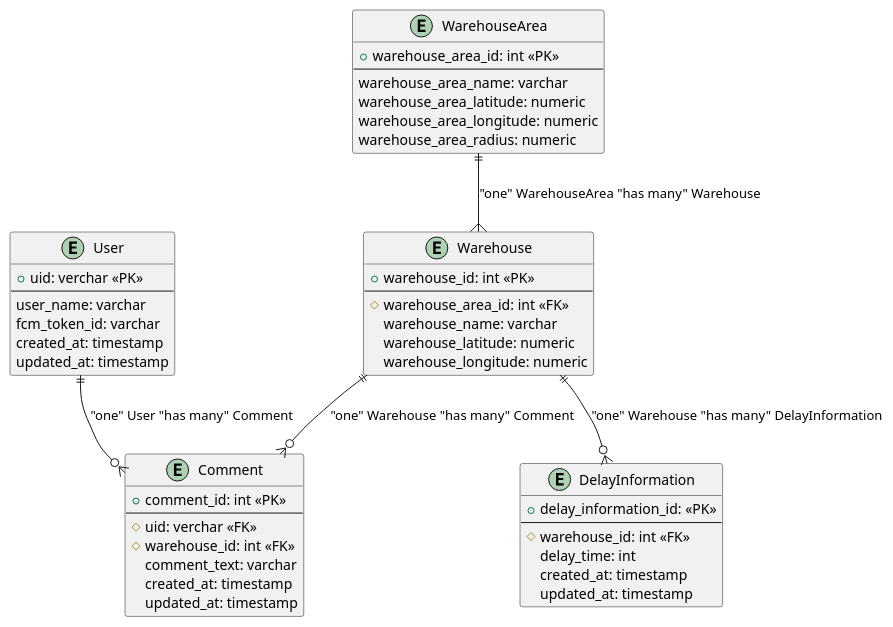
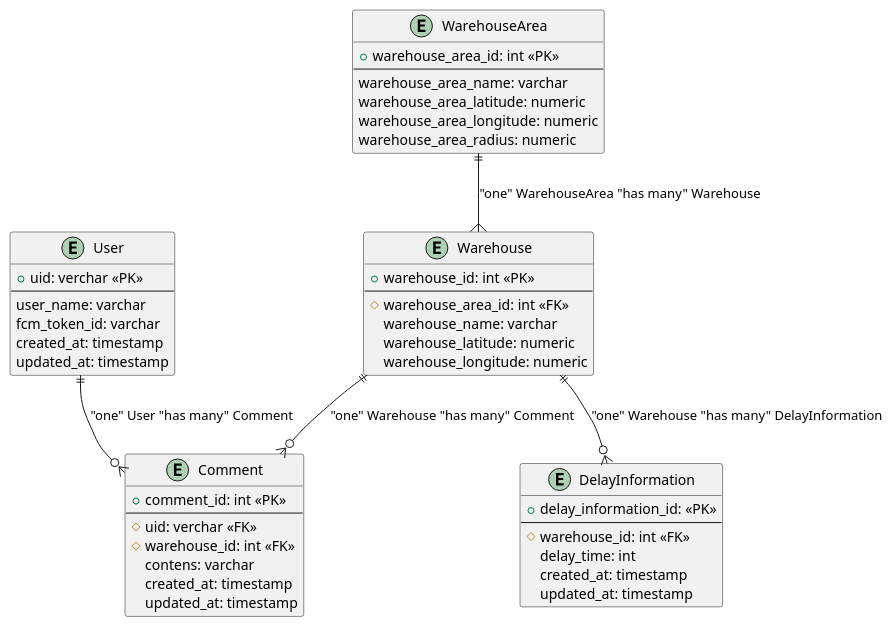
One commit to SEIZENSETSU/fleet-tracker-backend changed the diagram in docs/ER.puml. Above: the diagram before and after it, drawn with PlantUML.

Commit message:
updage: コメント内容のカラム名変更

```diff
--- a/docs/ER.puml
+++ b/docs/ER.puml
@@ -1,54 +1,54 @@
 @startuml fleet-tracker
 
 entity User as "User" {
     + uid: verchar <<PK>>
     --
     user_name: varchar
     fcm_token_id: varchar
     created_at: timestamp
     updated_at: timestamp
 }
 
 entity WarehouseArea as "WarehouseArea" {
     + warehouse_area_id: int <<PK>>
     --
     warehouse_area_name: varchar
     warehouse_area_latitude: numeric
     warehouse_area_longitude: numeric
     warehouse_area_radius: numeric
 }
 
 entity Warehouse as "Warehouse" {
     + warehouse_id: int <<PK>>
     --
     # warehouse_area_id: int <<FK>>
     warehouse_name: varchar
     warehouse_latitude: numeric
     warehouse_longitude: numeric
 }
 
 entity DelayInformation as "DelayInformation" {
     + delay_information_id: <<PK>>
     --
     # warehouse_id: int <<FK>>
     delay_time: int
     created_at: timestamp
     updated_at: timestamp
 }
 
 entity Comment as "Comment" {
     + comment_id: int <<PK>>
     --
     # uid: verchar <<FK>>
     # warehouse_id: int <<FK>>
-    comment_text: varchar
+    contens: varchar
     created_at: timestamp
     updated_at: timestamp
 }
 
 "WarehouseArea" ||--{ "Warehouse" : "one" WarehouseArea "has many" Warehouse
 "Warehouse" ||--o{ "DelayInformation" : "one" Warehouse "has many" DelayInformation
 "User" ||--o{ "Comment" : "one" User "has many" Comment
 "Warehouse" ||--o{ "Comment" : "one" Warehouse "has many" Comment
 
 @enduml
```
